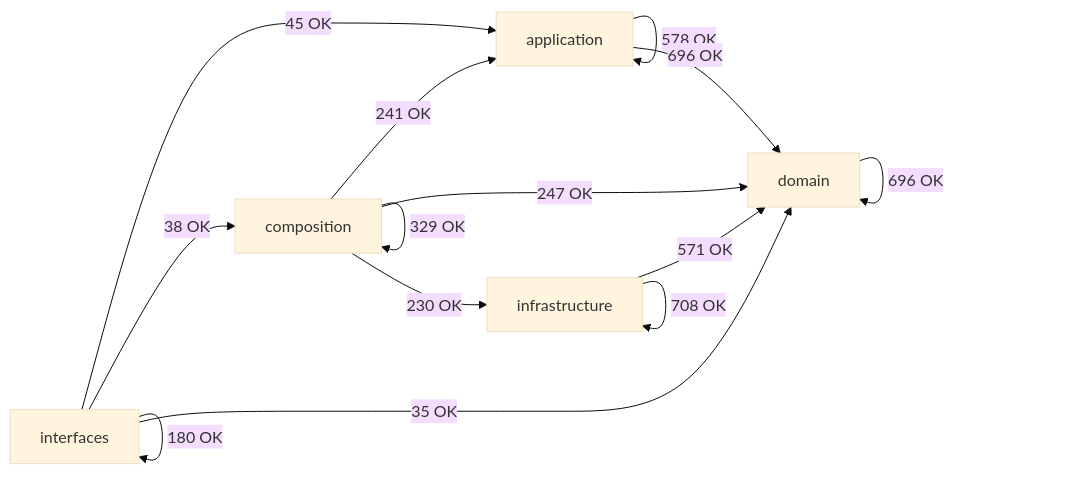
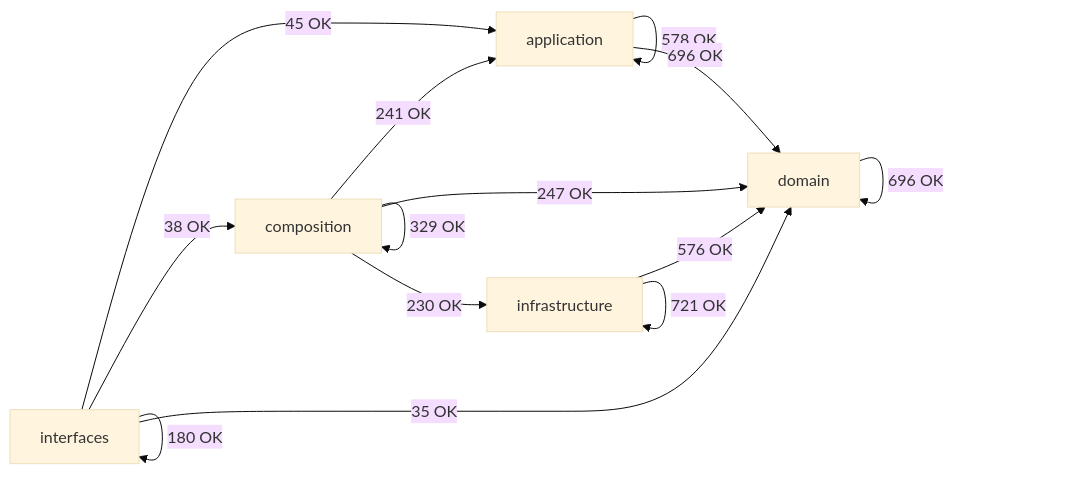
The diagram in docs/02-architecture/generated/module-dependency-map.md (SatoryKono/BioactivityDataAcquisition), drawn with Mermaid (base theme) before and after one commit. The commit also changed other lines of this file and 47 other files, not shown here.

````diff
--- a/docs/02-architecture/generated/module-dependency-map.md
+++ b/docs/02-architecture/generated/module-dependency-map.md
@@ -16,21 +16,21 @@
 ```mermaid
 flowchart LR
     domain[domain]
     application[application]
     infrastructure[infrastructure]
     composition[composition]
     interfaces[interfaces]
     application -->|578 OK| application
     application -->|696 OK| domain
     composition -->|241 OK| application
     composition -->|329 OK| composition
     composition -->|247 OK| domain
     composition -->|230 OK| infrastructure
     domain -->|696 OK| domain
-    infrastructure -->|571 OK| domain
-    infrastructure -->|708 OK| infrastructure
+    infrastructure -->|576 OK| domain
+    infrastructure -->|721 OK| infrastructure
     interfaces -->|45 OK| application
     interfaces -->|38 OK| composition
     interfaces -->|35 OK| domain
     interfaces -->|180 OK| interfaces
 ```
````
